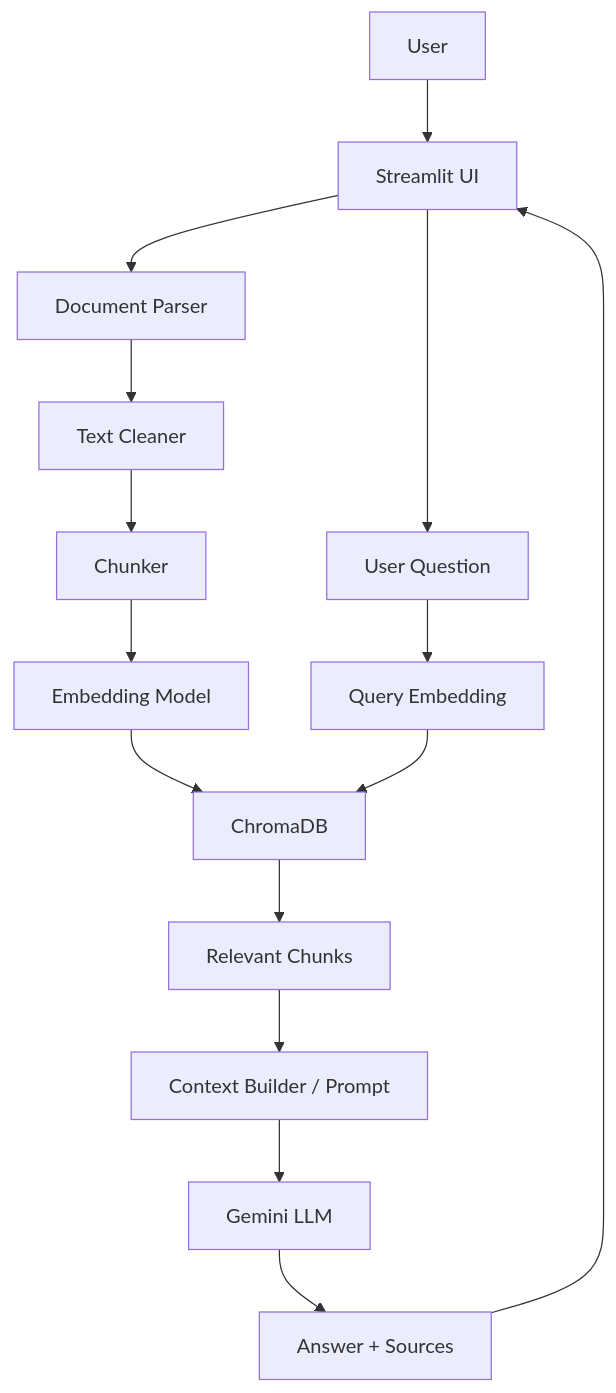
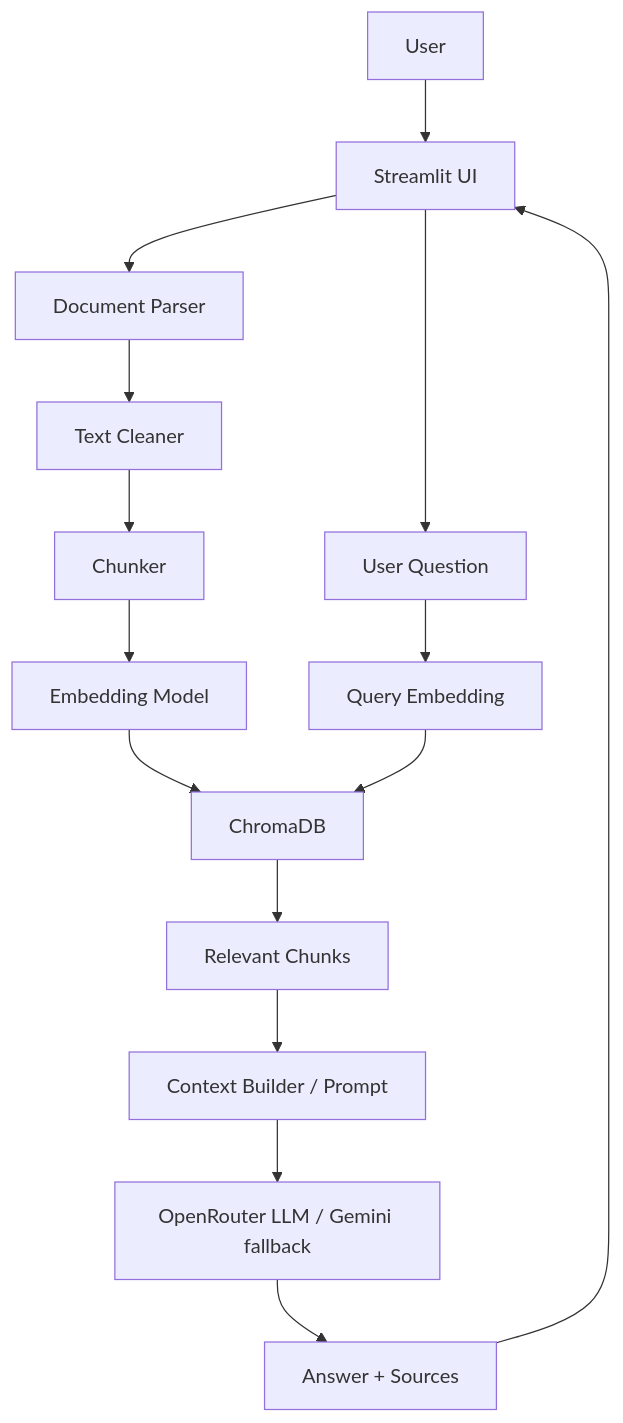
The diagram in README.md (mubarakansari715/AI-Training-Project), drawn with Mermaid before and after one commit. The commit also changed other lines of this file, not shown here.

First line of the commit message:
Document OpenRouter as primary LLM provider in README

````diff
--- a/README.md
+++ b/README.md
@@ -72,18 +75,18 @@
 ```mermaid
 flowchart TD
     A[User] --> B[Streamlit UI]
     B --> C[Document Parser]
     C --> D[Text Cleaner]
     D --> E[Chunker]
     E --> F[Embedding Model]
     F --> G[ChromaDB]
 
     B --> H[User Question]
     H --> I[Query Embedding]
     I --> G
     G --> J[Relevant Chunks]
     J --> K[Context Builder / Prompt]
-    K --> L[Gemini LLM]
+    K --> L[OpenRouter LLM / Gemini fallback]
     L --> M[Answer + Sources]
     M --> B
 ```
````
